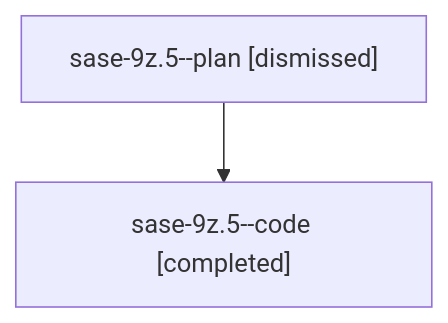
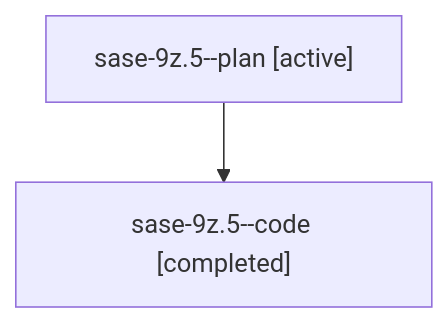
Before and after one commit to sase-org/sase--agents: the diagram in families/bbugyi200.athena.sase-9z.5.md, drawn with Mermaid. The commit also changed other lines of this file and 5813 other files, not shown here.

````diff
--- a/families/bbugyi200.athena.sase-9z.5.md
+++ b/families/bbugyi200.athena.sase-9z.5.md
@@ -9,6 +9,6 @@
 ```mermaid
 flowchart TD
-  n0["sase-9z.5--plan [dismissed]"]
+  n0["sase-9z.5--plan [active]"]
   n1["sase-9z.5--code [completed]"]
   n0 --> n1
 ```
````
